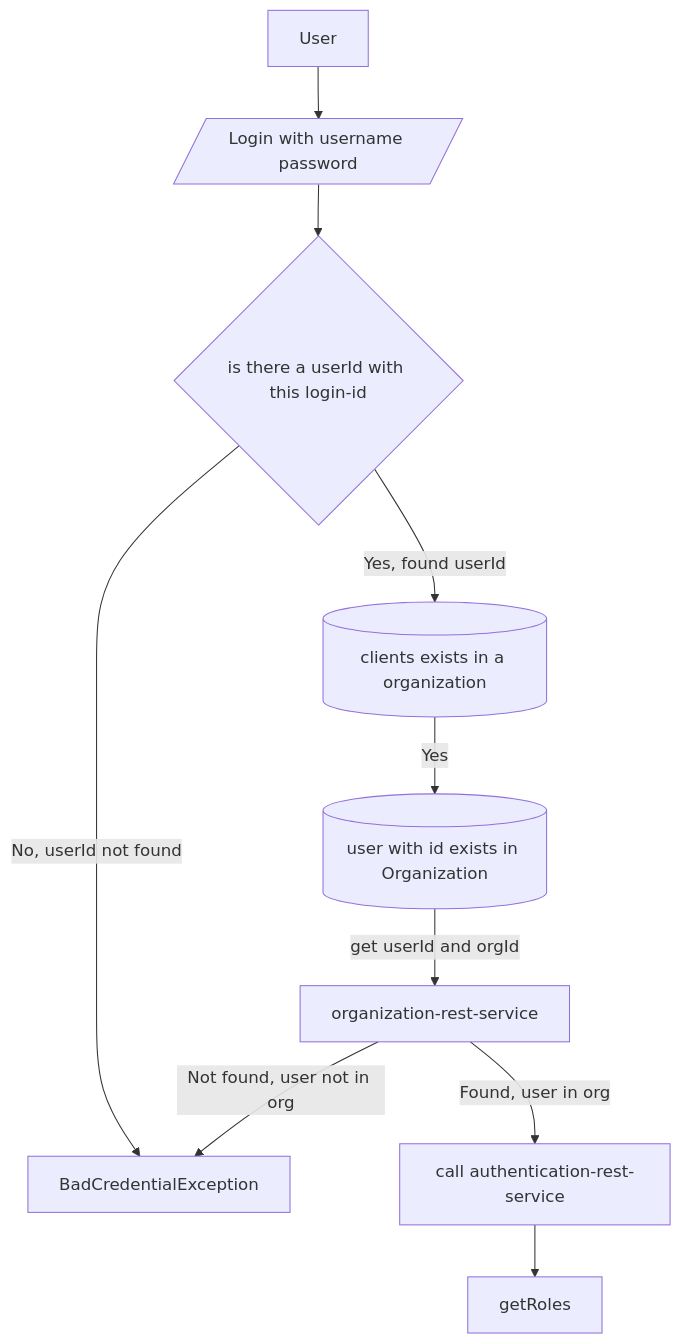
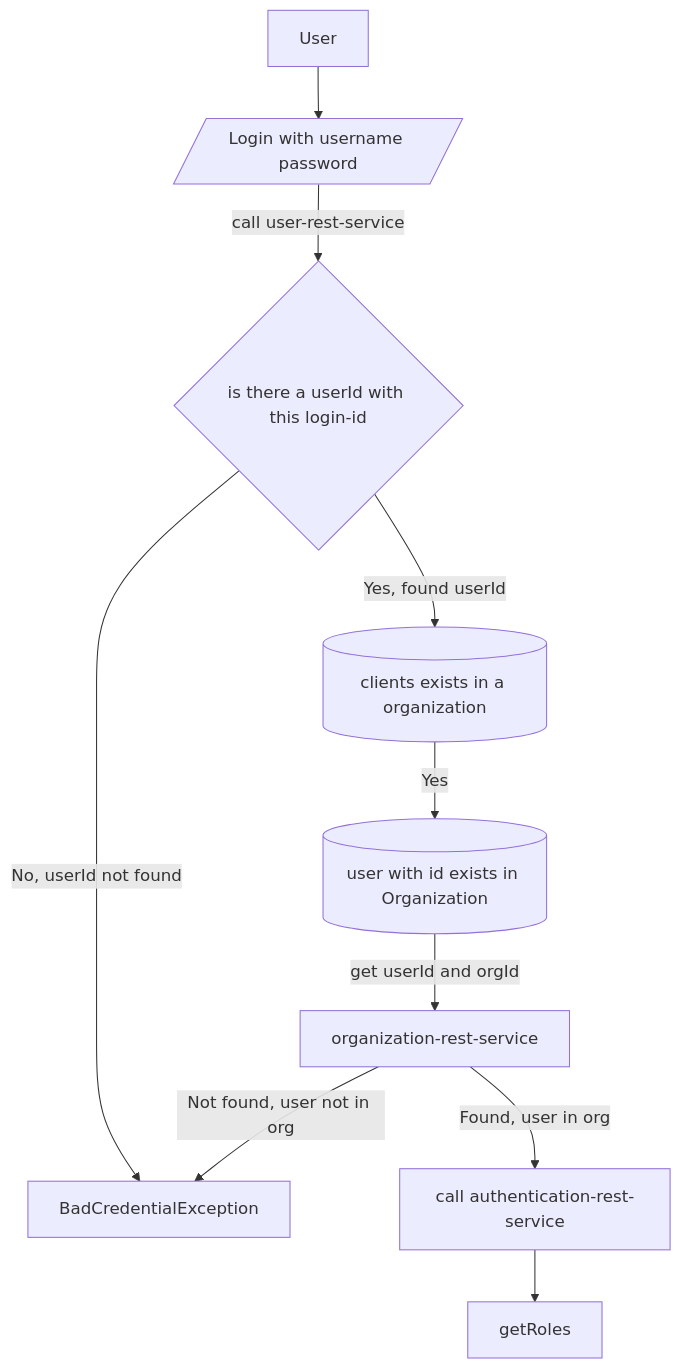
Before and after one commit to sonamsamdupkhangsar/spring-authorization-serve: the diagram in README.md, drawn with Mermaid.

Commit message:
commit reademe

````diff
--- a/README.md
+++ b/README.md
@@ -35,13 +35,13 @@
 ```mermaid
 flowchart TD
  User -->login[/Login with username password/]
- login --> getUserId{is there a userId with this login-id}
+ login --"call user-rest-service"--> getUserId{is there a userId with this login-id}
  getUserId -->|Yes, found userId|checkClientInOrg[(clients exists in a organization)]
  getUserId -->|No, userId not found|returnError[BadCredentialException]
  checkClientInOrg -->|Yes| userExistsInOrg[(user with id exists in Organization)]
 
  userExistsInOrg --get userId and orgId-->organizationRestService["organization-rest-service"]
  organizationRestService -->|Found, user in org|authenticate["call authentication-rest-service"]
  organizationRestService -->|Not found, user not in org| returnError
  authenticate --> getRoles
 ```
````
